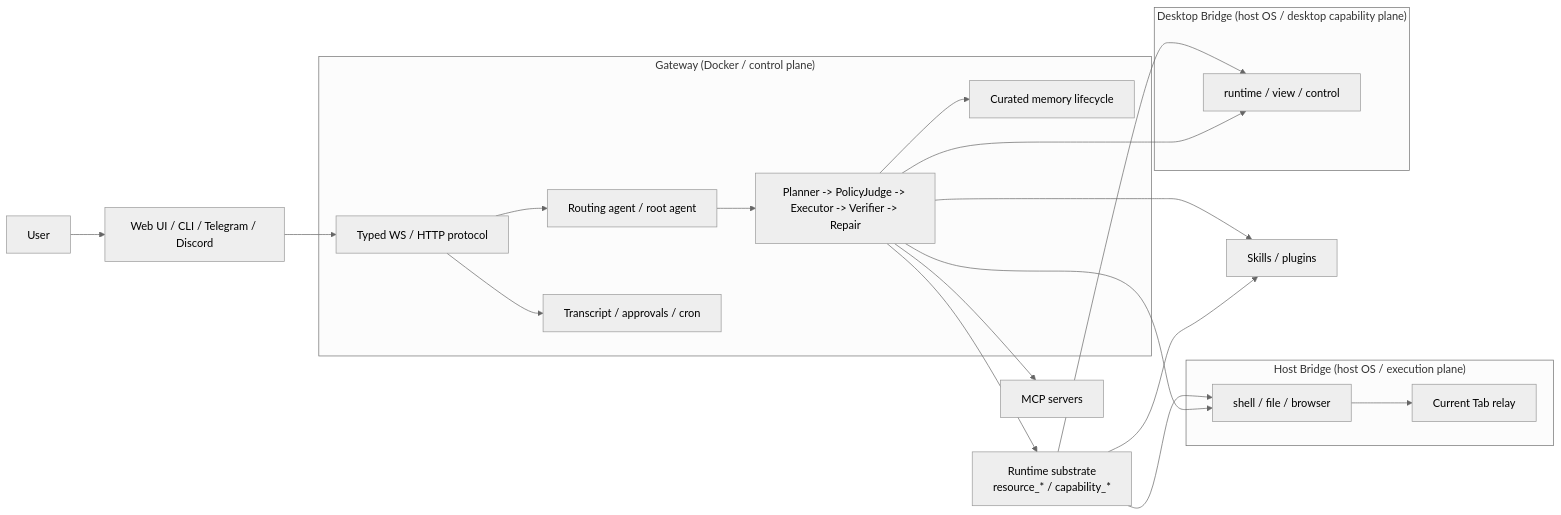
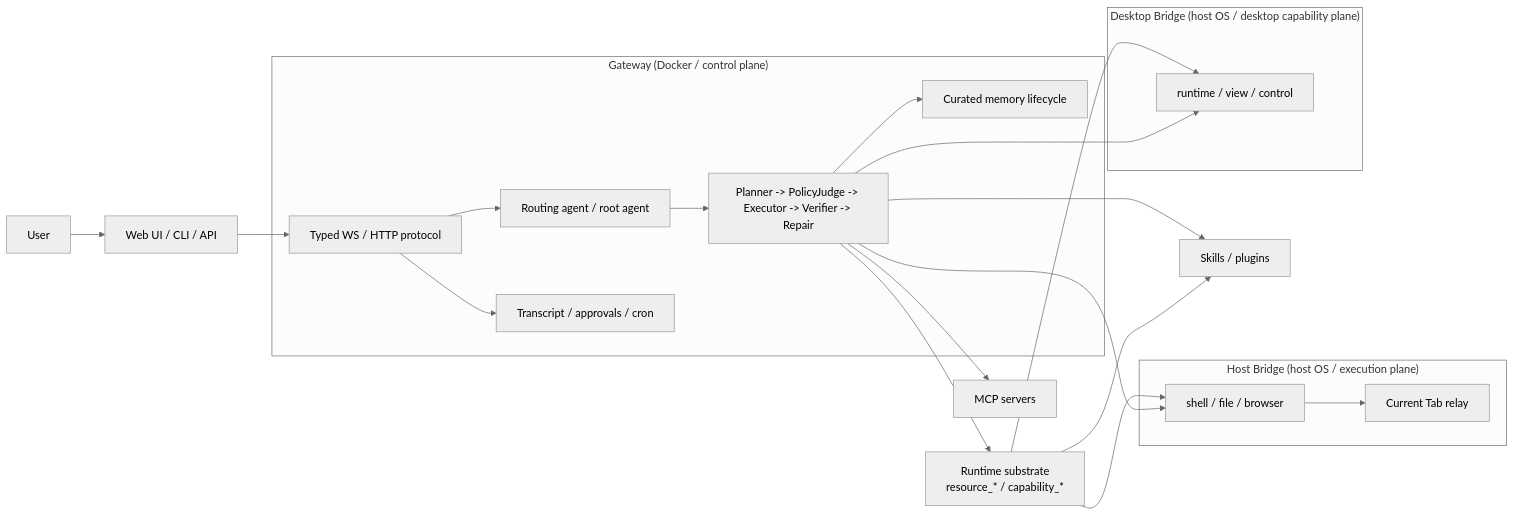
One commit to pome223/boiled-claw-public changed the diagram in README.md. Above: the diagram before and after it, drawn with Mermaid (neutral theme). The commit also changed other lines of this file, not shown here.

Commit message:
Refocus README on trajectory roadmap

````diff
--- a/README.md
+++ b/README.md
@@ -217,40 +237,40 @@
 ```mermaid
 flowchart LR
     User["User"]
-    Channels["Web UI / CLI / Telegram / Discord"]
+    Clients["Web UI / CLI / API"]
 
     subgraph Gateway["Gateway (Docker / control plane)"]
         Protocol["Typed WS / HTTP protocol"]
         Routing["Routing agent / root agent"]
         ControlLoop["Planner -> PolicyJudge -> Executor -> Verifier -> Repair"]
         Transcript["Transcript / approvals / cron"]
         Memory["Curated memory lifecycle"]
     end
 
     subgraph Host["Host Bridge (host OS / execution plane)"]
         HostTools["shell / file / browser"]
         CurrentTab["Current Tab relay"]
     end
 
     subgraph Desktop["Desktop Bridge (host OS / desktop capability plane)"]
         DesktopRuntime["runtime / view / control"]
     end
 
     RuntimeRegistry["Runtime substrate<br/>resource_* / capability_*"]
     MCP["MCP servers"]
     Skills["Skills / plugins"]
 
-    User --> Channels --> Protocol
+    User --> Clients --> Protocol
     Protocol --> Routing --> ControlLoop
     Protocol --> Transcript
     ControlLoop --> Memory
     ControlLoop --> MCP
     ControlLoop --> Skills
     ControlLoop --> RuntimeRegistry
     RuntimeRegistry --> Skills
     RuntimeRegistry --> HostTools
     RuntimeRegistry --> DesktopRuntime
     ControlLoop --> HostTools
     ControlLoop --> DesktopRuntime
     HostTools --> CurrentTab
 ```
````
